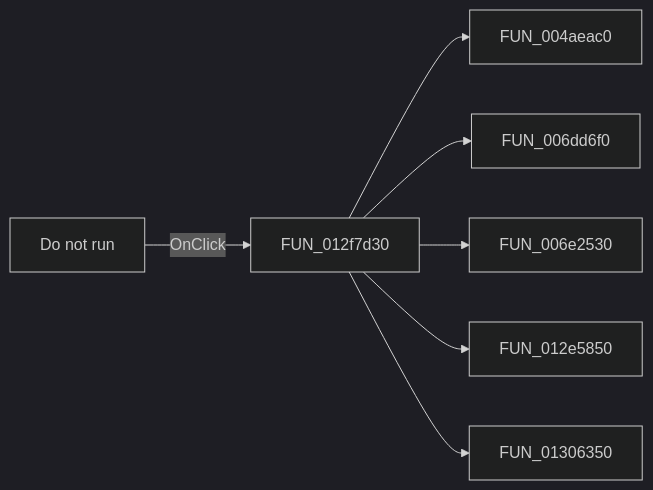
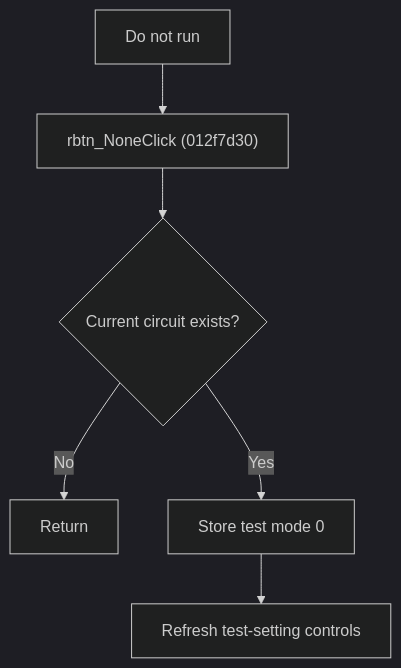
Before and after one commit to MovGP0/TIARA: the diagram in docs/ui-controls/frmmodeltestbencheditor/rbtn-none-68985d0866.md, drawn with Mermaid (dark theme). The commit also changed other lines of this file and 387 other files, not shown here.

````diff
--- a/docs/ui-controls/frmmodeltestbencheditor/rbtn-none-68985d0866.md
+++ b/docs/ui-controls/frmmodeltestbencheditor/rbtn-none-68985d0866.md
@@ -27,9 +28,8 @@
 ```mermaid
-flowchart LR
-    control["Do not run"] -->|OnClick| handler["FUN_012f7d30"]
-    handler --> call1["FUN_004aeac0"]
-    handler --> call2["FUN_006dd6f0"]
-    handler --> call3["FUN_006e2530"]
-    handler --> call4["FUN_012e5850"]
-    handler --> call5["FUN_01306350"]
+flowchart TD
+    control["Do not run"] --> handler["rbtn_NoneClick (012f7d30)"]
+    handler --> valid{"Current circuit exists?"}
+    valid -->|No| stop["Return"]
+    valid -->|Yes| mode["Store test mode 0"]
+    mode --> refresh["Refresh test-setting controls"]
 ```
````
